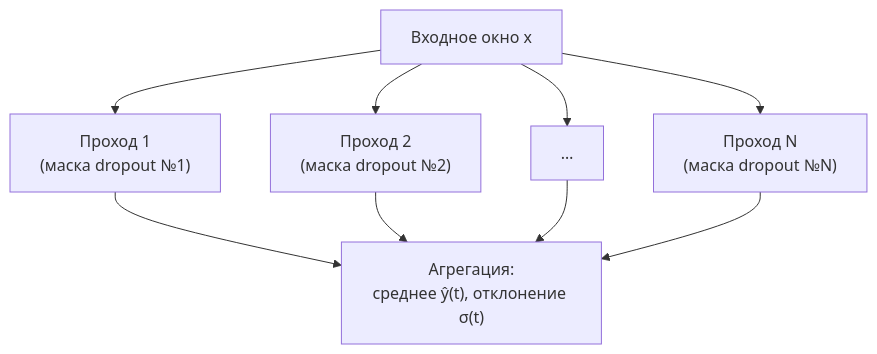
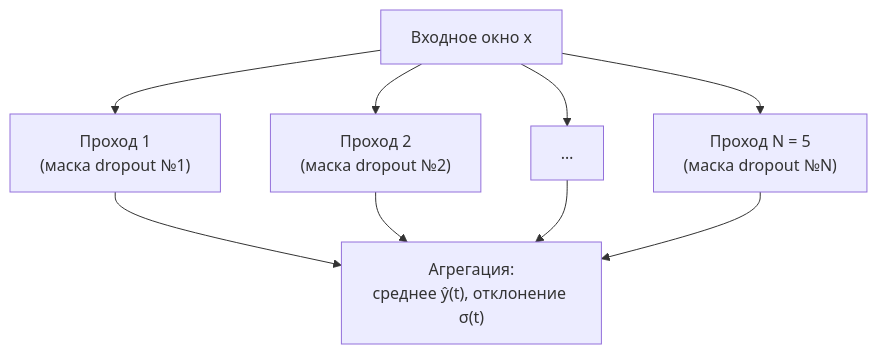
The fourth of 13 diagrams in docs/doc-physical.md (ruhose73/FastEQT), drawn with Mermaid before and after one commit. The commit also changed other lines of this file, not shown here.

````diff
--- a/docs/doc-physical.md
+++ b/docs/doc-physical.md
@@ -131,11 +161,11 @@
 ```mermaid
 flowchart TD
     X["Входное окно x"] --> P1["Проход 1<br/>(маска dropout №1)"]
     X --> P2["Проход 2<br/>(маска dropout №2)"]
     X --> P3["…"]
-    X --> PN["Проход N<br/>(маска dropout №N)"]
+    X --> PN["Проход N = 5<br/>(маска dropout №N)"]
     P1 --> Agg["Агрегация:<br/>среднее ŷ(t), отклонение σ(t)"]
     P2 --> Agg
     P3 --> Agg
     PN --> Agg
 ```
````
